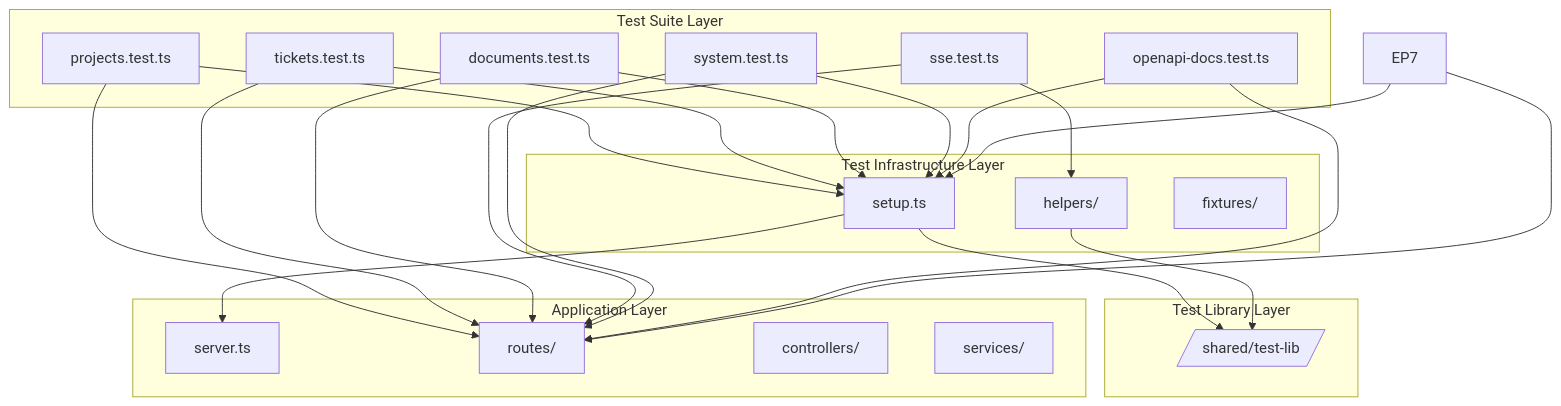
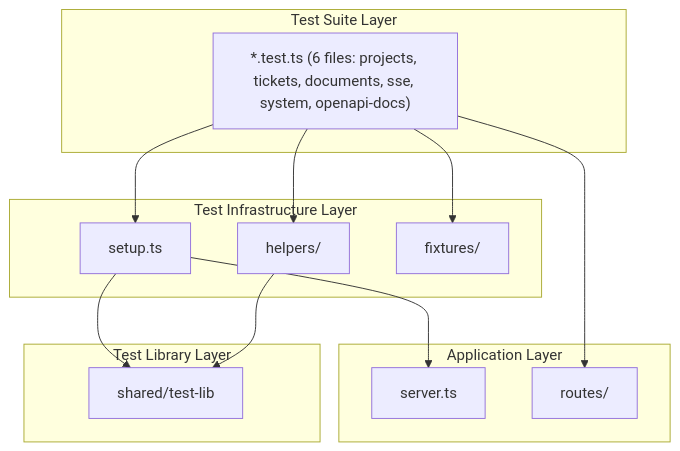
One commit to andkirby/markdown-ticket changed the first of 2 diagrams in docs/CRs/MDT-106/architecture.md. Above: the diagram before and after it, drawn with Mermaid. The commit also changed other lines of this file and 2 other files, not shown here.

````diff
--- a/docs/CRs/MDT-106/architecture.md
+++ b/docs/CRs/MDT-106/architecture.md
@@ -42,48 +43,30 @@
 ```mermaid
 graph TB
     subgraph "Test Suite Layer"
-        EP1[projects.test.ts]
-        EP2[tickets.test.ts]
-        EP3[documents.test.ts]
-        EP4[sse.test.ts]
-        EP5[system.test.ts]
-        EP6[openapi-docs.test.ts]
+        Tests["*.test.ts (6 files: projects, tickets, documents, sse, system, openapi-docs)"]
     end
 
     subgraph "Test Infrastructure Layer"
         Setup[setup.ts]
         Helpers[helpers/]
         Fixtures[fixtures/]
     end
 
     subgraph "Application Layer"
         Server[server.ts]
         Routes[routes/]
-        Controllers[controllers/]
-        Services[services/]
     end
 
     subgraph "Test Library Layer"
-        TestLib[/shared/test-lib/]
+        TestLib["shared/test-lib"]
     end
 
-    EP1 --> Setup
-    EP2 --> Setup
-    EP3 --> Setup
-    EP4 --> Helpers
-    EP5 --> Setup
-    EP6 --> Setup
-    EP7 --> Setup
+    Tests --> Setup
+    Tests --> Routes
+    Tests --> Helpers
+    Tests --> Fixtures
 
+    Setup --> Server
     Setup --> TestLib
     Helpers --> TestLib
-
-    Setup --> Server
-    EP1 --> Routes
-    EP2 --> Routes
-    EP3 --> Routes
-    EP4 --> Routes
-    EP5 --> Routes
-    EP6 --> Routes
-    EP7 --> Routes
 ```
````
